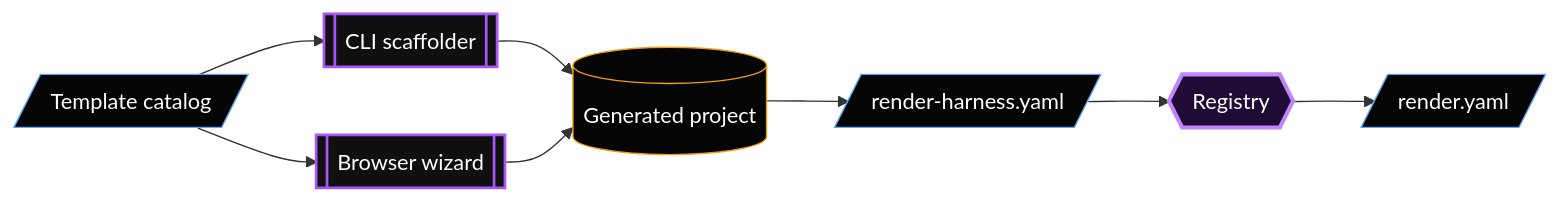
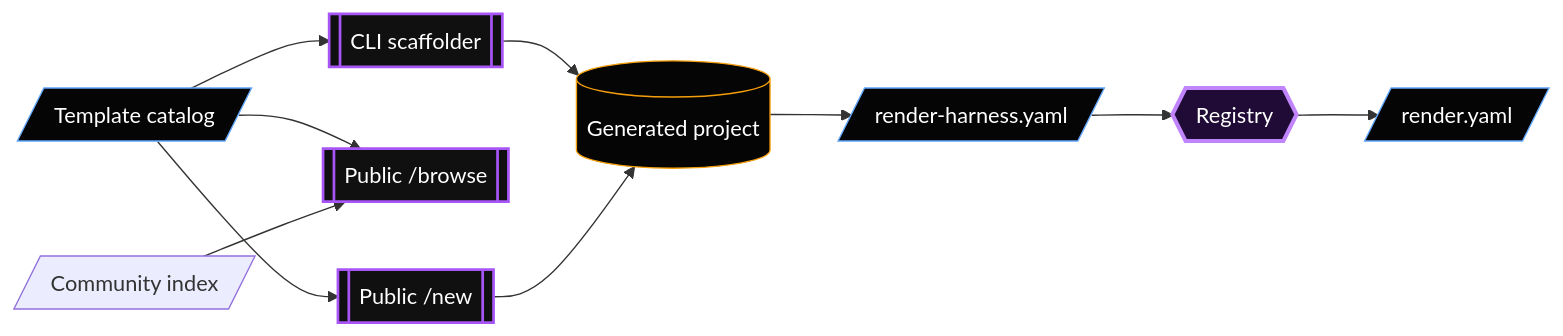
One commit to render-lab/render-agent-harness changed the diagram in docs-site/src/content/docs/registry-and-scaffolding.mdx. Above: the diagram before and after it, drawn with Mermaid. The commit also changed other lines of this file and 11 other files, not shown here.

````diff
--- a/docs-site/src/content/docs/registry-and-scaffolding.mdx
+++ b/docs-site/src/content/docs/registry-and-scaffolding.mdx
@@ -8,27 +8,31 @@
 ```mermaid
 flowchart LR
   template[/"Template catalog"/]
   cli[["CLI scaffolder"]]
-  wizard[["Browser wizard"]]
+  browse[["Public /browse"]]
+  wizard[["Public /new"]]
+  community[/"Community index"/]
   manifest[/"render-harness.yaml"/]
   registry{{"Registry"}}
   project[("Generated project")]
   blueprint[/"render.yaml"/]
 
   template --> cli
+  template --> browse
   template --> wizard
+  community --> browse
   cli --> project
   wizard --> project
   project --> manifest
   manifest --> registry
   registry --> blueprint
 
   class template,manifest,blueprint config
-  class cli,wizard surface
+  class cli,browse,wizard surface
   class registry central
   class project data
   classDef config fill:#050505,stroke:#60a5fa,color:#ffffff
   classDef surface fill:#101010,stroke:#a855f7,stroke-width:2px,color:#ffffff
   classDef central fill:#1f0b35,stroke:#c084fc,stroke-width:3px,color:#ffffff
   classDef data fill:#050505,stroke:#f59e0b,color:#ffffff
 ```
````
